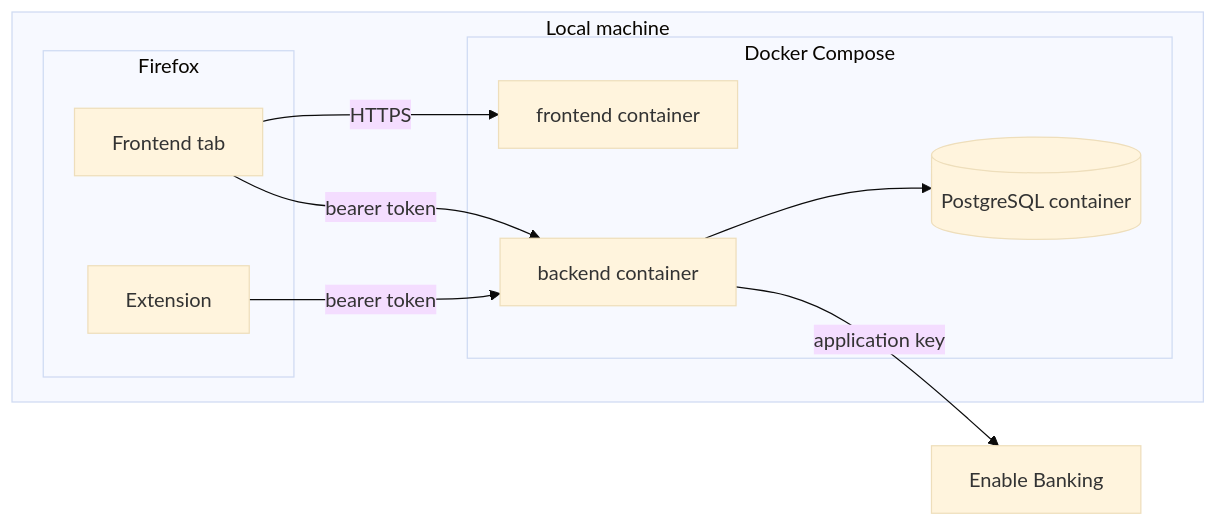
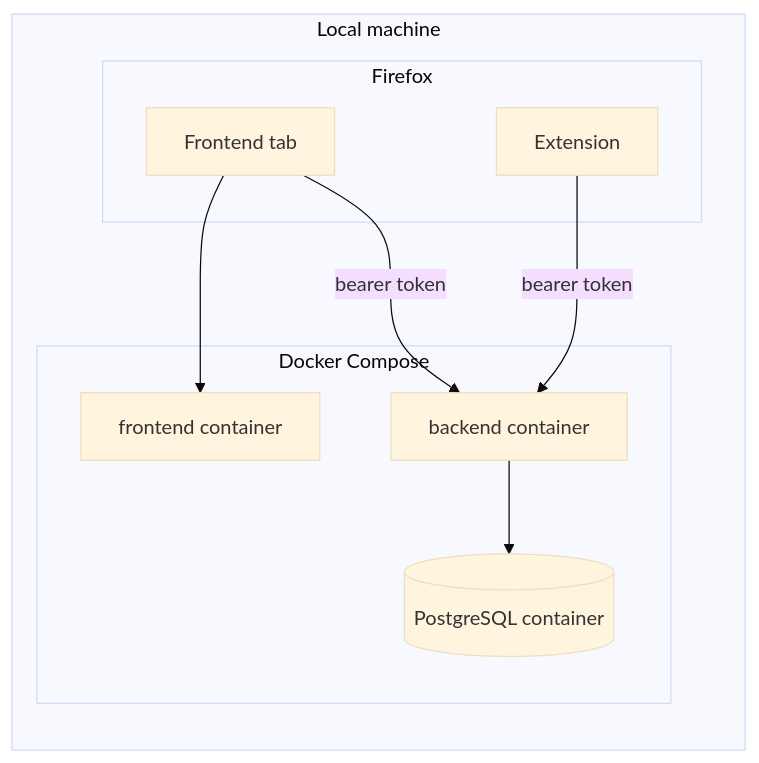
The fifth of 5 diagrams in docs/architecture.md (lennartmoeller/finance-tracker), drawn with Mermaid (base theme) before and after one commit. The commit also changed other lines of this file and 6 other files, not shown here.

````diff
--- a/docs/architecture.md
+++ b/docs/architecture.md
@@ -176,20 +127,18 @@
 ```mermaid
 flowchart LR
   subgraph machine["Local machine"]
     subgraph compose["Docker Compose"]
       fe["frontend container"]
       be["backend container"]
       pg[("PostgreSQL container")]
     end
     subgraph browser["Firefox"]
       tab["Frontend tab"]
       ext["Extension"]
     end
   end
-  eb["Enable Banking"]
-  tab -- "HTTPS" --> fe
+  tab --> fe
   tab -- "bearer token" --> be
   ext -- "bearer token" --> be
   be --> pg
-  be -- "application key" --> eb
 ```
````
